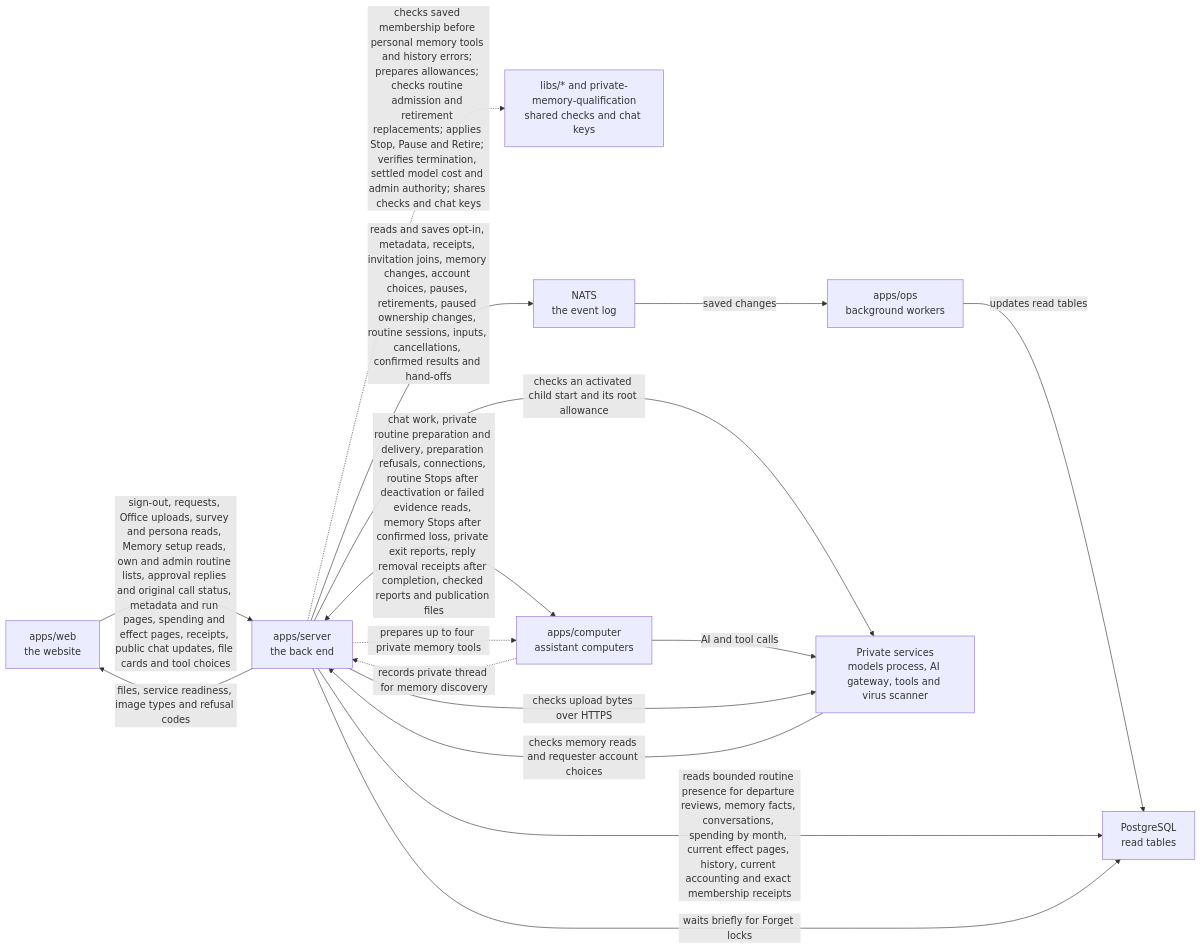
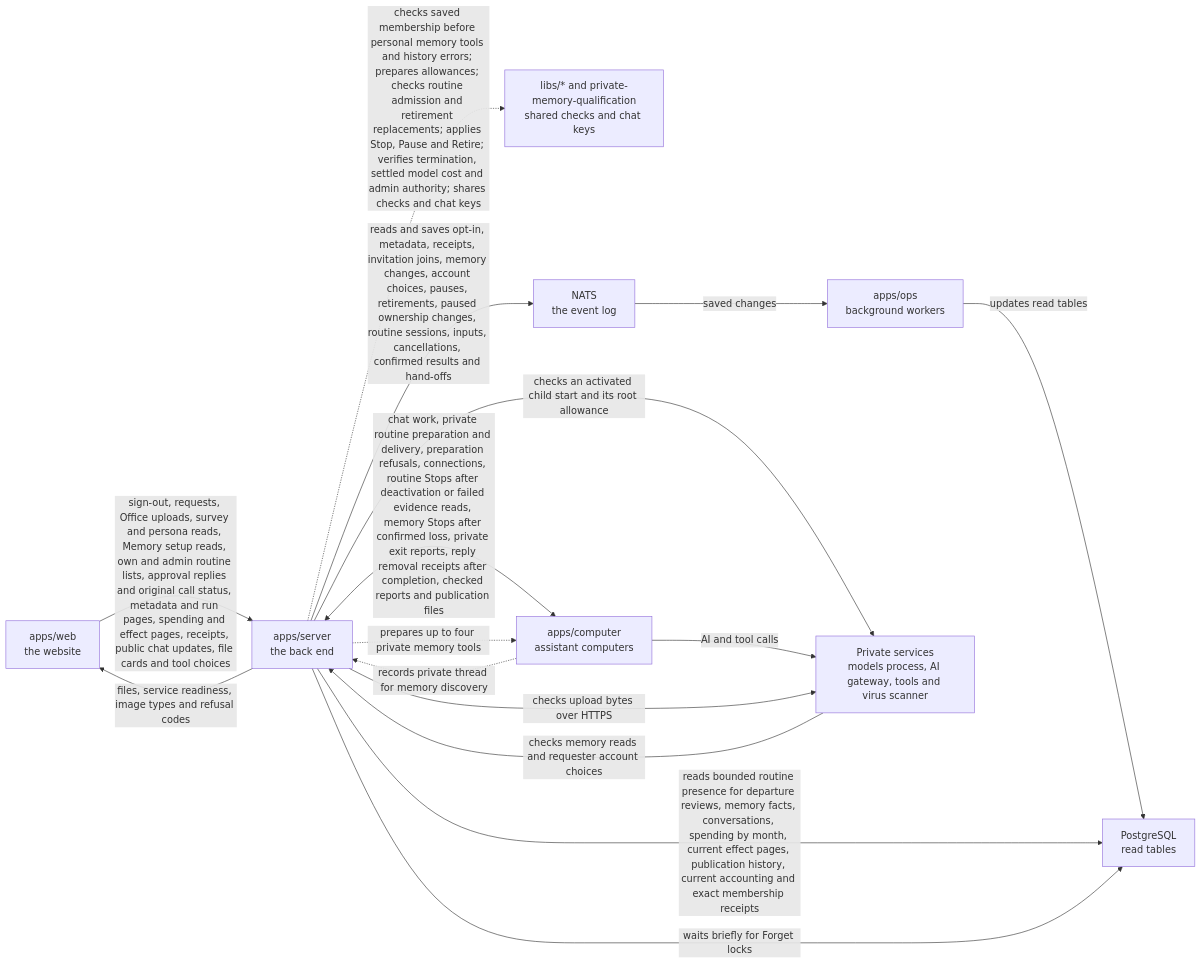
The diagram in apps/server/README.md (elewa-git/opencrane-new), drawn with Mermaid before and after one commit. The commit also changed other lines of this file and 19 other files, not shown here.

Commit message:
🧾 Show safe child publication facts in history

````diff
--- a/apps/server/README.md
+++ b/apps/server/README.md
@@ -201,18 +205,18 @@
 ```mermaid
 flowchart LR
   web["apps/web<br/>the website"] -->|sign-out, requests, Office uploads, survey and persona reads, Memory setup reads, own and admin routine lists, approval replies and original call status, metadata and run pages, spending and effect pages, receipts, public chat updates, file cards and tool choices| server["apps/server<br/>the back end"]
   server -.->|checks saved membership before personal memory tools and history errors; prepares allowances; checks routine admission and retirement replacements; applies Stop, Pause and Retire; verifies termination, settled model cost and admin authority; shares checks and chat keys| libs["libs/* and private-memory-qualification<br/>shared checks and chat keys"]
   server -->|reads and saves opt-in, metadata, receipts, invitation joins, memory changes, account choices, pauses, retirements, paused ownership changes, routine sessions, inputs, cancellations, confirmed results and hand-offs| nats["NATS<br/>the event log"]
   nats -->|saved changes| ops["apps/ops<br/>background workers"]
   ops -->|updates read tables| postgres["PostgreSQL<br/>read tables"]
-  server -->|reads bounded routine presence for departure reviews, memory facts, conversations, spending by month, current effect pages, history, current accounting and exact membership receipts| postgres
+  server -->|reads bounded routine presence for departure reviews, memory facts, conversations, spending by month, current effect pages, publication history, current accounting and exact membership receipts| postgres
   server -->|waits briefly for Forget locks| postgres
   server <-->|chat work, private routine preparation and delivery, preparation refusals, connections, routine Stops after deactivation or failed evidence reads, memory Stops after confirmed loss, private exit reports, reply removal receipts after completion, checked reports and publication files| computer["apps/computer<br/>assistant computers"]
   server -->|checks an activated child start and its root allowance| runtime
   computer -.->|records private thread for memory discovery| server
   server -.->|prepares up to four private memory tools| computer
   computer -->|AI and tool calls| runtime["Private services<br/>models process, AI gateway, tools and virus scanner"]
   server -->|files, service readiness, image types and refusal codes| web
   server -->|checks upload bytes over HTTPS| runtime
   runtime -->|checks memory reads and requester account choices| server
 ```
````
